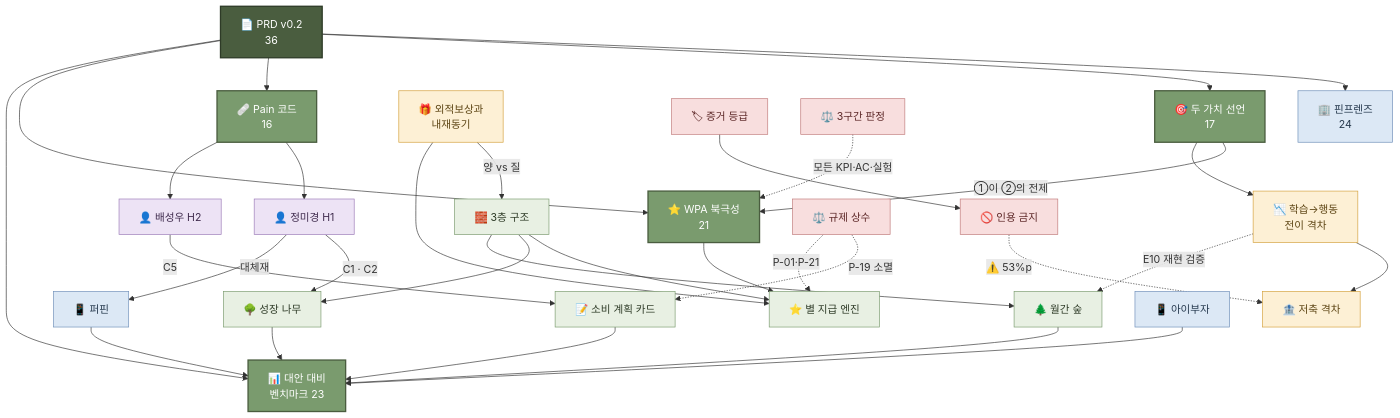
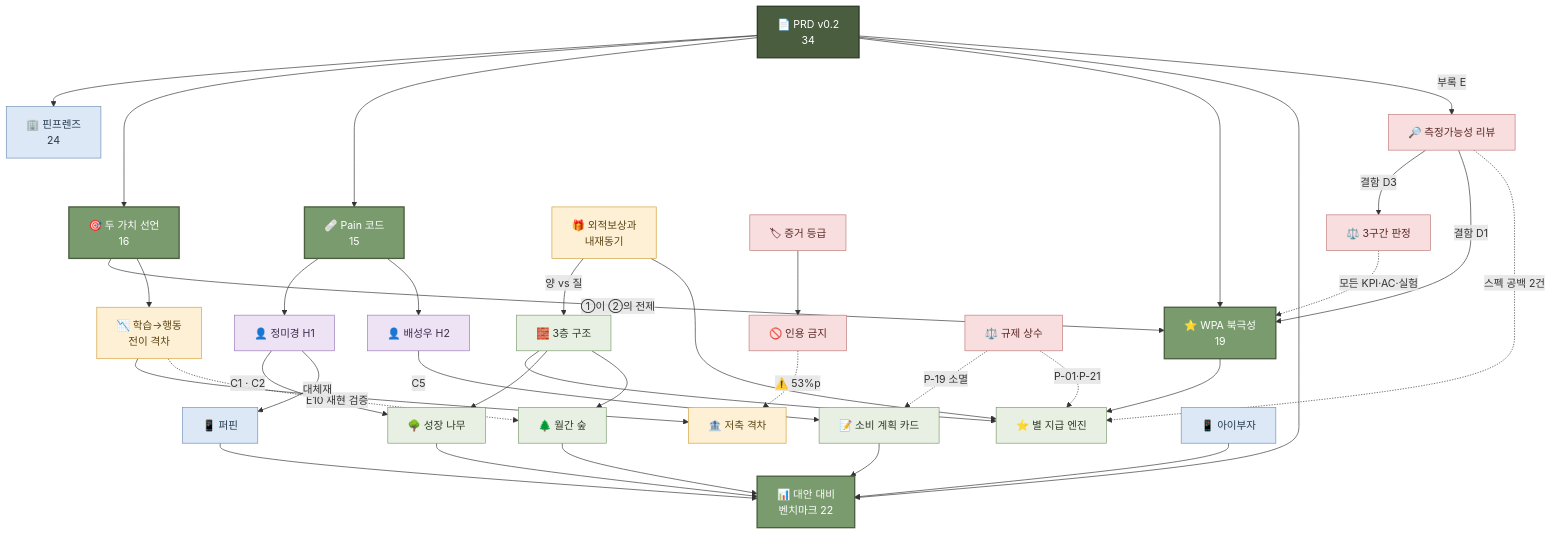
The diagram in wiki/index.md (scene-one/team1_fin-friends), drawn with Mermaid before and after one commit. The commit also changed other lines of this file and 17 other files, not shown here.

````diff
--- a/wiki/index.md
+++ b/wiki/index.md
@@ -27,68 +27,73 @@
 ```mermaid
 graph TD
-    PRD["📄 PRD v0.2<br/>36"]:::src
+    PRD["📄 PRD v0.2<br/>34"]:::src
 
     FIN["🏢 핀프렌즈<br/>24"]:::ent
-    DECL["🎯 두 가치 선언<br/>17"]:::hub
-    PAIN["🩹 Pain 코드<br/>16"]:::hub
-    WPA["⭐ WPA 북극성<br/>21"]:::hub
-    BENCH["📊 대안 대비<br/>벤치마크 23"]:::hub
+    DECL["🎯 두 가치 선언<br/>16"]:::hub
+    PAIN["🩹 Pain 코드<br/>15"]:::hub
+    WPA["⭐ WPA 북극성<br/>19"]:::hub
+    BENCH["📊 대안 대비<br/>벤치마크 22"]:::hub
 
     TREE["🌳 성장 나무"]:::feat
     FOREST["🌲 월간 숲"]:::feat
     CARD["📝 소비 계획 카드"]:::feat
     STAR["⭐ 별 지급 엔진"]:::feat
     L3["🧱 3층 구조"]:::feat
 
     GAP["📉 학습→행동<br/>전이 격차"]:::theory
     SAVE["🏦 저축 격차"]:::theory
     MOTIV["🎁 외적보상과<br/>내재동기"]:::theory
 
     H1["👤 정미경 H1"]:::ppl
     H2["👤 배성우 H2"]:::ppl
     FIRFIN["📱 퍼핀"]:::ent
     IBJ["📱 아이부자"]:::ent
 
     GRADE["🏷 증거 등급"]:::rule
     BAN["🚫 인용 금지"]:::rule
     JUDGE["⚖️ 3구간 판정"]:::rule
+    REVIEW["🔎 측정가능성 리뷰"]:::rule
     REG["⚖️ 규제 상수"]:::rule
 
     PRD --> FIN & DECL & PAIN & WPA & BENCH
+    PRD -->|"부록 E"| REVIEW
 
     DECL -->|"①이 ②의 전제"| WPA
     DECL --> GAP
     GAP --> SAVE
     GAP -.->|"E10 재현 검증"| FOREST
 
     PAIN --> H1 & H2
     H1 -->|"C1 · C2"| TREE
     H1 -->|"대체재"| FIRFIN
     H2 -->|"C5"| CARD
 
     WPA --> STAR
     L3 --> STAR & TREE & FOREST
     MOTIV -->|"양 vs 질"| L3
     MOTIV --> STAR
 
     TREE --> BENCH
     FOREST --> BENCH
     CARD --> BENCH
     FIRFIN --> BENCH
     IBJ --> BENCH
 
     REG -.->|"P-19 소멸"| CARD
     REG -.->|"P-01·P-21"| STAR
 
     GRADE --> BAN
+    REVIEW -->|"결함 D3"| JUDGE
+    REVIEW -->|"결함 D1"| WPA
+    REVIEW -.->|"스펙 공백 2건"| STAR
     BAN -.->|"⚠️ 53%p"| SAVE
     JUDGE -.->|"모든 KPI·AC·실험"| WPA
 
     classDef src fill:#4A5D3F,stroke:#2E3B27,color:#fff,stroke-width:2px
     classDef hub fill:#7A9B6E,stroke:#4A5D3F,color:#fff,stroke-width:2px
     classDef feat fill:#E8F0E3,stroke:#7A9B6E,color:#2E3B27
     classDef theory fill:#FDF0D5,stroke:#D4A03C,color:#5C4413
     classDef ppl fill:#EDE3F5,stroke:#9B7AB8,color:#3F2B4D
     classDef ent fill:#DCE8F5,stroke:#6E8FB8,color:#25384D
     classDef rule fill:#F8DEDE,stroke:#C07A7A,color:#5C2727
 ```
````
